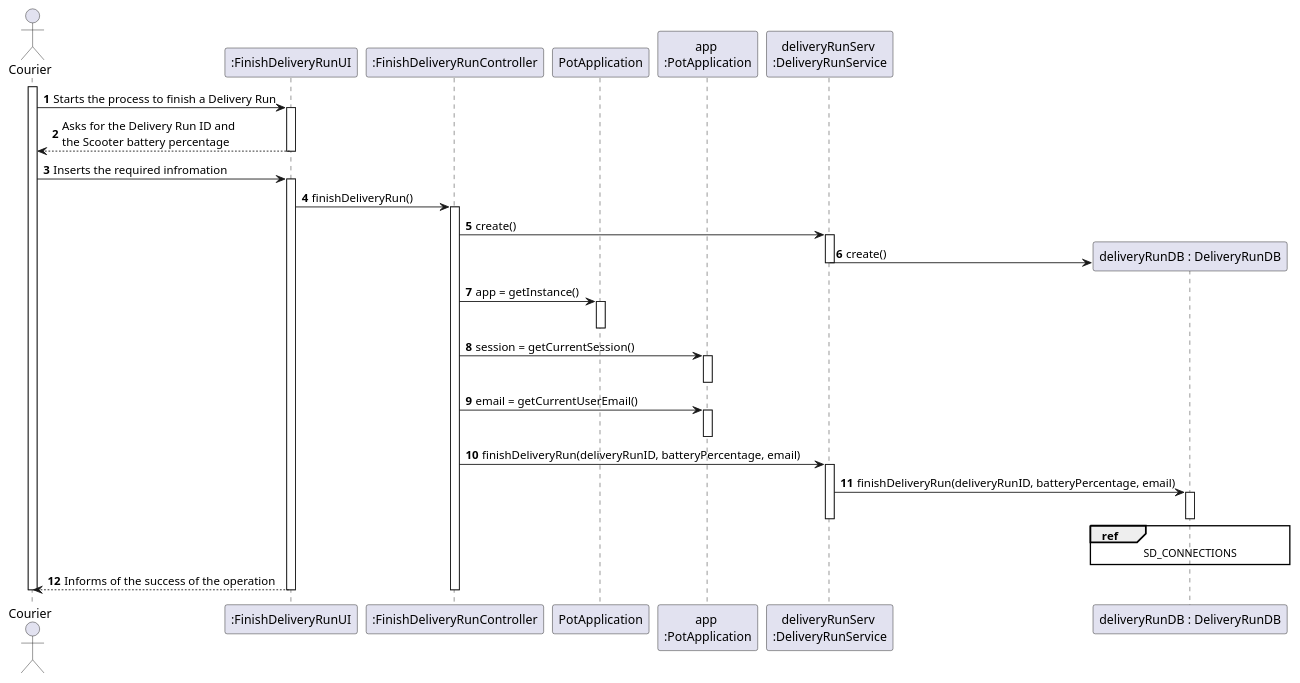
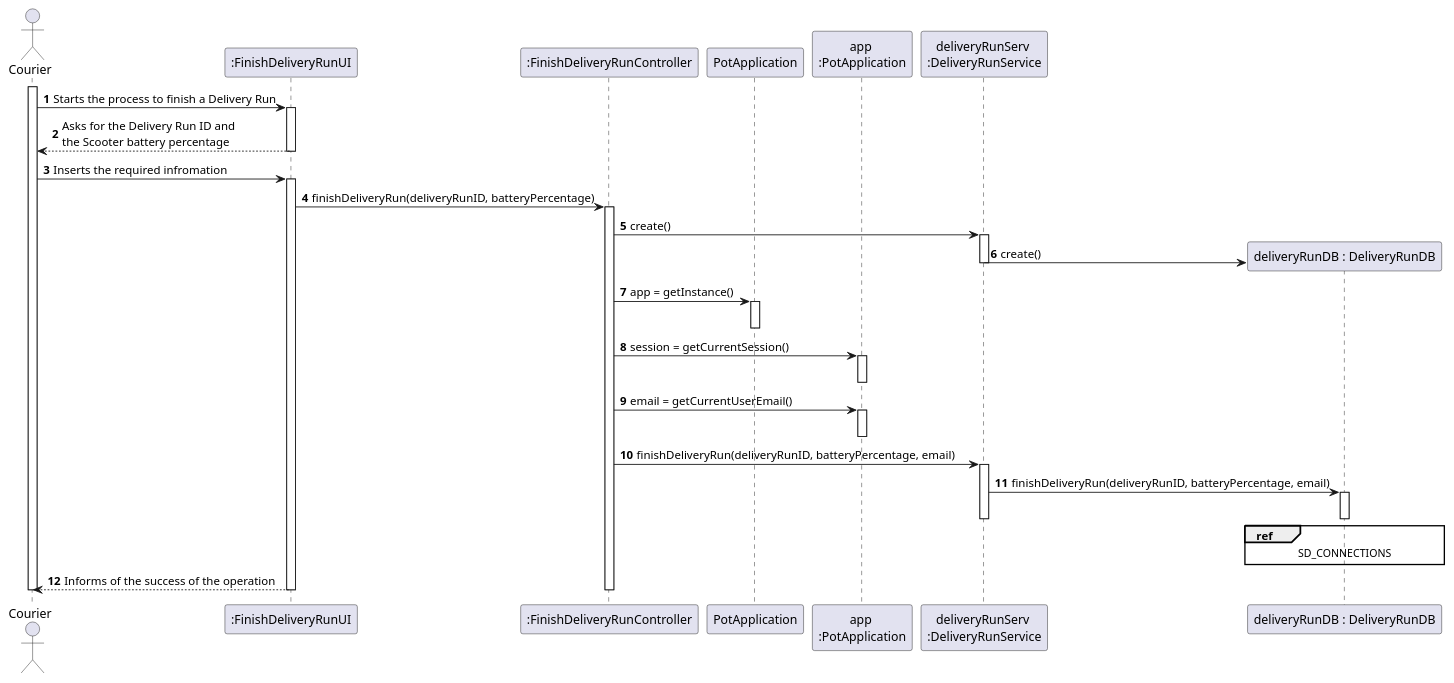
The diagram in docs/Iteration 3/Delivery Management/US303_FinishDeliveryRun/US303_SD.puml (tiagoavcosta25/LAPR3), drawn with PlantUML before and after one commit. The commit also changed 4 other files, not shown here.

Commit message:
LAPR2AP2-303 #close Finish Delivery Run [Design]

```diff
--- a/docs/Iteration 3/Delivery Management/US303_FinishDeliveryRun/US303_SD.puml
+++ b/docs/Iteration 3/Delivery Management/US303_FinishDeliveryRun/US303_SD.puml
@@ -1,53 +1,53 @@
 @startuml
 autonumber
 actor "Courier" as C
 participant ":FinishDeliveryRunUI" as UI
 participant ":FinishDeliveryRunController" as CTRL
 participant "PotApplication" as PA
 participant "app \n:PotApplication" as APA
 participant "deliveryRunServ \n:DeliveryRunService" as DRS
 participant "deliveryRunDB : DeliveryRunDB" as DDB
 activate C
 
 C -> UI : Starts the process to finish a Delivery Run
 activate UI
 
 UI --> C : Asks for the Delivery Run ID and \nthe Scooter battery percentage
 deactivate UI
 
 C -> UI : Inserts the required infromation
 activate UI
 
 
-UI -> CTRL : finishDeliveryRun()
+UI -> CTRL : finishDeliveryRun(deliveryRunID, batteryPercentage)
 activate CTRL
 CTRL -> DRS : create()
 activate DRS
 DRS -> DDB** : create()
 deactivate DRS
 CTRL -> PA : app = getInstance()
 activate PA
 deactivate PA
 CTRL -> APA : session = getCurrentSession()
 activate APA
 deactivate APA
 
 CTRL -> APA : email = getCurrentUserEmail()
 activate APA
 deactivate APA
 CTRL -> DRS : finishDeliveryRun(deliveryRunID, batteryPercentage, email)
 activate DRS
 DRS -> DDB : finishDeliveryRun(deliveryRunID, batteryPercentage, email)
 ref over DDB
 SD_CONNECTIONS
 end ref
 activate DDB
 deactivate DDB
 deactivate DRS
 
 UI --> C : Informs of the success of the operation
 deactivate CTRL
 deactivate UI
 deactivate C
 
 @enduml
```
